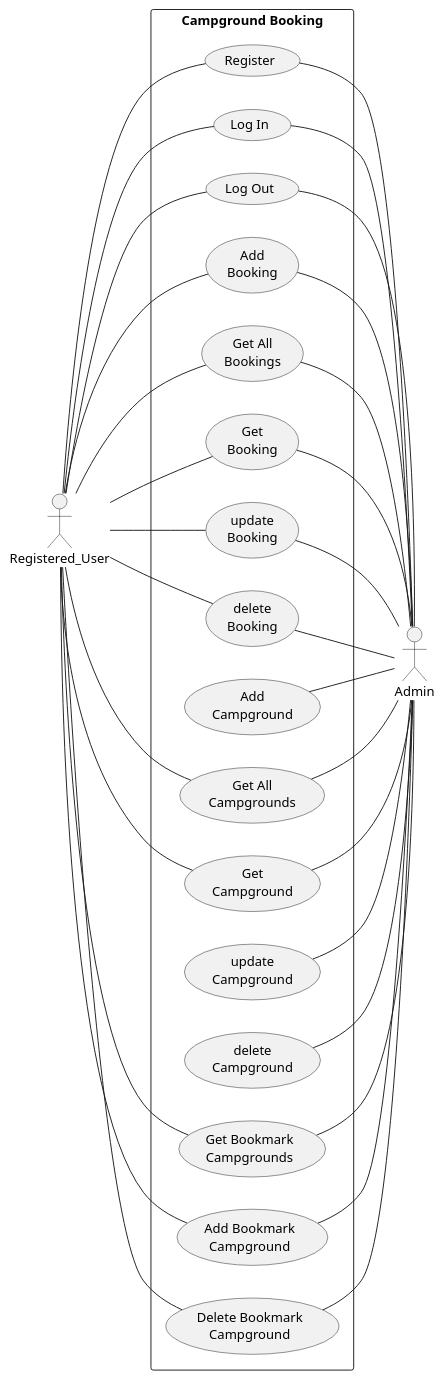
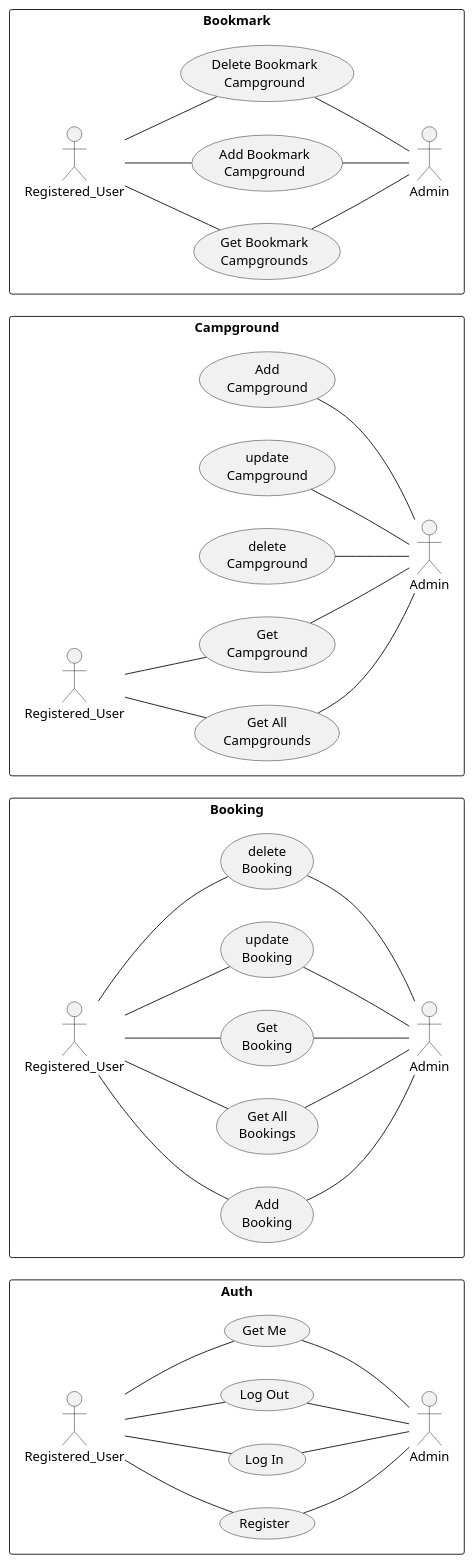
Before and after one commit to jMnnnnn/campground-booking: the diagram in diagram/useCaseDiagram.puml, drawn with PlantUML.

Commit message:
feat: add getMe and split package

```diff
--- a/diagram/useCaseDiagram.puml
+++ b/diagram/useCaseDiagram.puml
@@ -1,67 +1,90 @@
 @startuml Campground Booking Use Case Diagram
 
 left to right direction
 
-rectangle "Campground Booking" {
-  usecase "Register" as register
-  usecase "Log In" as login
-  usecase "Log Out" as logout
-  
+
+package "Auth" {
+  rectangle "Auth" {
+    usecase "Register" as register
+    usecase "Log In" as login
+    usecase "Log Out" as logout
+    usecase "Get Me" as getMe
+}
+
+actor "Registered_User" as auth_user 
+auth_user -- register
+auth_user -- login
+auth_user -- logout
+auth_user -- getMe
+
+actor "Admin" as auth_admin
+register -- auth_admin
+login -- auth_admin
+logout -- auth_admin
+getMe -- auth_admin
+}
+
+package "Booking" {
+  rectangle "Booking" {
   usecase "Add\nBooking" as addBooking
   usecase "Get All\nBookings" as getAllBooking
   usecase "Get\nBooking" as getBooking
   usecase "update\nBooking" as updateBooking
   usecase "delete\nBooking" as deleteBooking
+}
 
+actor "Registered_User" as booking_user 
+booking_user -- addBooking
+booking_user -- getAllBooking
+booking_user -- getBooking
+booking_user -- updateBooking
+booking_user -- deleteBooking
+
+actor "Admin" as booking_admin
+addBooking -- booking_admin
+getAllBooking -- booking_admin
+getBooking -- booking_admin
+updateBooking -- booking_admin
+deleteBooking -- booking_admin
+}
+
+package "Campground" {
+  rectangle "Campground" {
   usecase "Add\nCampground" as addCampground
   usecase "Get All\nCampgrounds" as getAllCampground
   usecase "Get\nCampground" as getCampground
   usecase "update\nCampground" as updateCampground
   usecase "delete\nCampground" as deleteCampground
+}
 
+actor "Registered_User" as campground_user 
+campground_user -- getAllCampground
+campground_user -- getCampground
+
+actor "Admin" as campground_admin
+addCampground -- campground_admin
+getAllCampground -- campground_admin
+getCampground -- campground_admin
+updateCampground -- campground_admin
+deleteCampground -- campground_admin
+}
+
+package "Bookmark" {
+  rectangle "Bookmark" {
   usecase "Get Bookmark\nCampgrounds" as getBookmarkCampground
   usecase "Add Bookmark\nCampground" as addBookmarkCampground
   usecase "Delete Bookmark\nCampground" as deleteBookmarkCampground
-
 }
 
-actor "Registered_User" as registered_user 
-registered_user -- register
-registered_user -- login
-registered_user -- logout
+actor "Registered_User" as bookmark_user 
+bookmark_user -- getBookmarkCampground
+bookmark_user -- addBookmarkCampground
+bookmark_user -- deleteBookmarkCampground
 
-registered_user -- addBooking
-registered_user -- getAllBooking
-registered_user -- getBooking
-registered_user -- updateBooking
-registered_user -- deleteBooking
-
-registered_user -- getAllCampground
-registered_user -- getCampground
-
-registered_user -- getBookmarkCampground
-registered_user -- addBookmarkCampground
-registered_user -- deleteBookmarkCampground
-
-actor "Admin" as admin
-register -- admin
-login -- admin
-logout -- admin
-
-addBooking -- admin
-getAllBooking -- admin
-getBooking -- admin
-updateBooking -- admin
-deleteBooking -- admin
-
-addCampground -- admin
-getAllCampground -- admin
-getCampground -- admin
-updateCampground -- admin
-deleteCampground -- admin
-
-getBookmarkCampground -- admin
-addBookmarkCampground -- admin
-deleteBookmarkCampground -- admin
+actor "Admin" as bookmark_admin
+getBookmarkCampground -- bookmark_admin
+addBookmarkCampground -- bookmark_admin
+deleteBookmarkCampground -- bookmark_admin
+}
 
 @enduml
```
